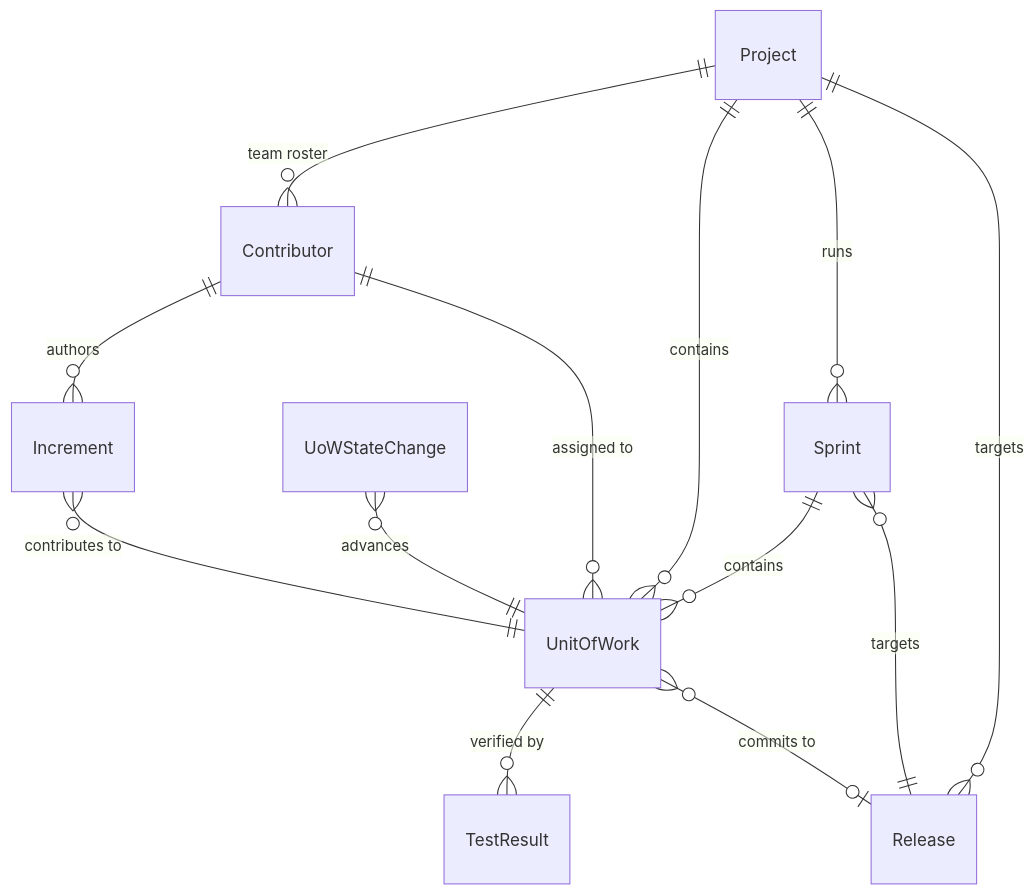
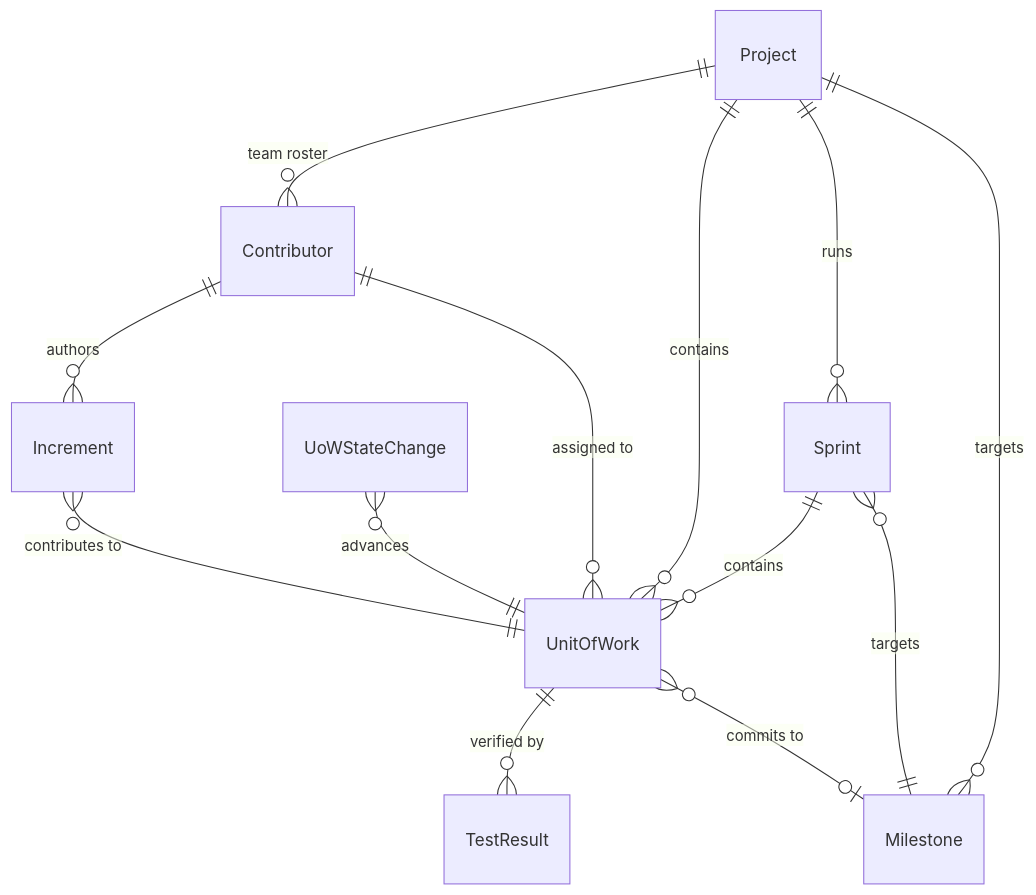
The second of 6 diagrams in docs/ideation/vision.md (FeatureFactory-io/huginn), drawn with Mermaid before and after one commit. The commit also changed other lines of this file and 28 other files, not shown here.

````diff
--- a/docs/ideation/vision.md
+++ b/docs/ideation/vision.md
@@ -164,15 +172,15 @@
 ```mermaid
 erDiagram
-    Project ||--o{ Release : targets
+    Project ||--o{ Milestone : targets
     Project ||--o{ Sprint : runs
     Project ||--o{ UnitOfWork : contains
     Project ||--o{ Contributor : "team roster"
-    Sprint }o--|| Release : targets
+    Sprint }o--|| Milestone : targets
     Sprint ||--o{ UnitOfWork : contains
-    UnitOfWork }o--o| Release : "commits to"
+    UnitOfWork }o--o| Milestone : "commits to"
     UoWStateChange }o--|| UnitOfWork : advances
     Increment }o--|| UnitOfWork : "contributes to"
     Contributor ||--o{ UnitOfWork : "assigned to"
     Contributor ||--o{ Increment : authors
     UnitOfWork ||--o{ TestResult : "verified by"
 ```
````
